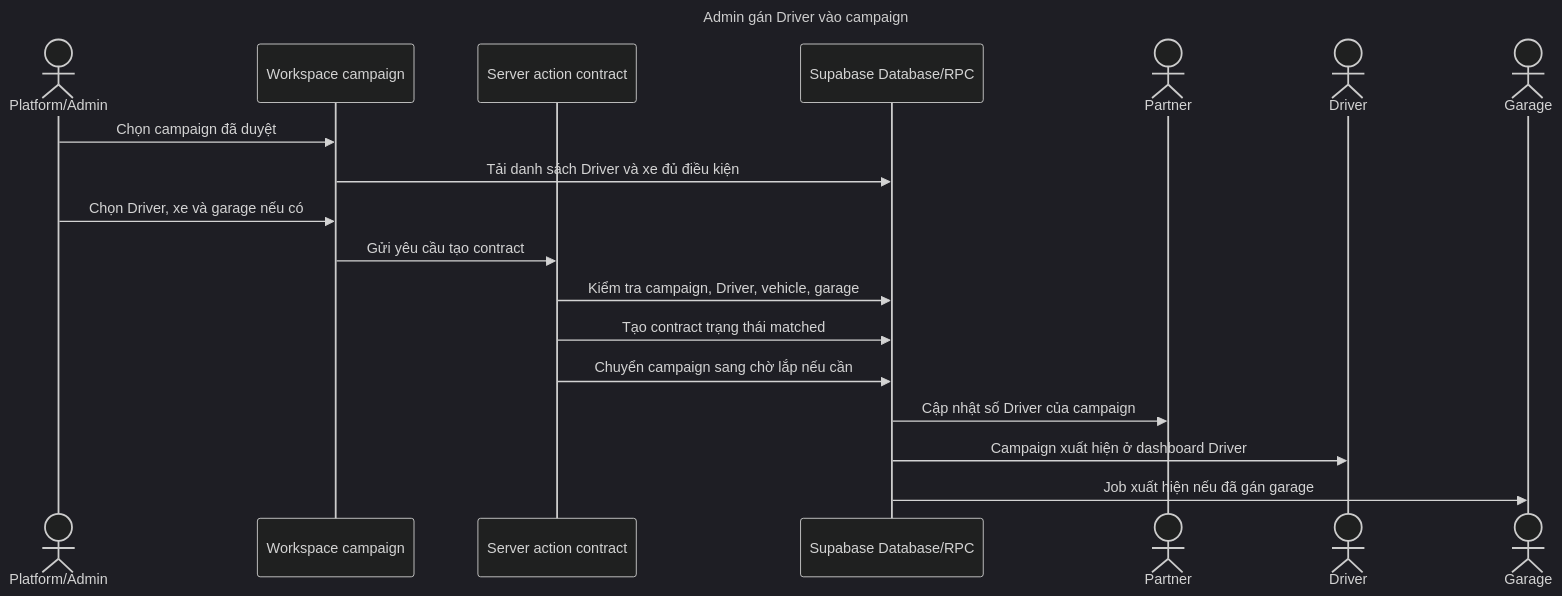
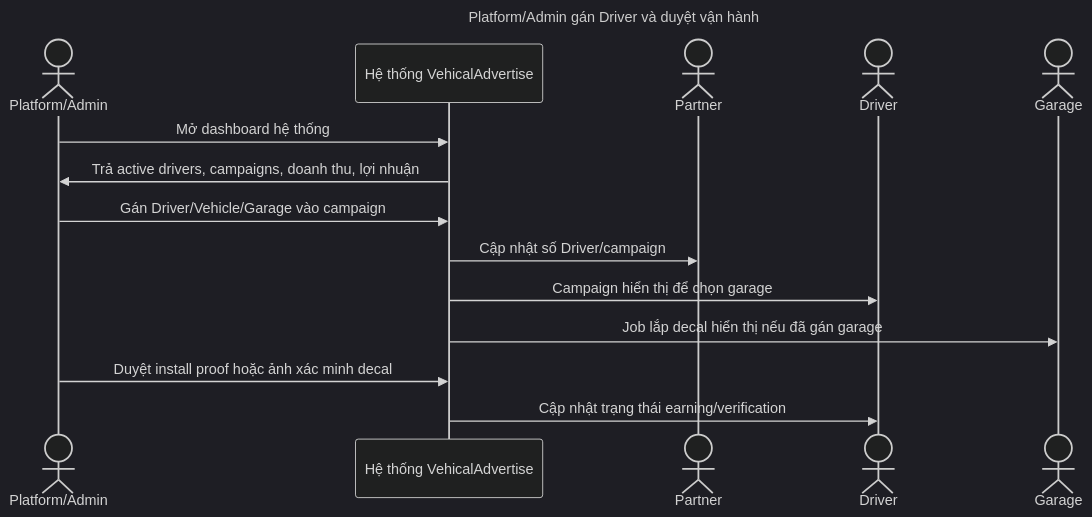
Before and after one commit to kjasng/VehicalAdvertise: the seventh of 8 diagrams in docs/sequence-usecases.md, drawn with Mermaid (dark theme). The commit also changed other lines of this file and 14 other files, not shown here.

````diff
--- a/docs/sequence-usecases.md
+++ b/docs/sequence-usecases.md
@@ -483,21 +136,17 @@
 ```mermaid
 sequenceDiagram
-    title Admin gán Driver vào campaign
-    actor Admin as Platform/Admin
-    participant AdminUI as Workspace campaign
-    participant ContractAction as Server action contract
-    participant DB as Supabase Database/RPC
-    actor Partner as Partner
-    actor Driver as Driver
-    actor Garage as Garage
-    Admin->>AdminUI: Chọn campaign đã duyệt
-    AdminUI->>DB: Tải danh sách Driver và xe đủ điều kiện
-    Admin->>AdminUI: Chọn Driver, xe và garage nếu có
-    AdminUI->>ContractAction: Gửi yêu cầu tạo contract
-    ContractAction->>DB: Kiểm tra campaign, Driver, vehicle, garage
-    ContractAction->>DB: Tạo contract trạng thái matched
-    ContractAction->>DB: Chuyển campaign sang chờ lắp nếu cần
-    DB->>Partner: Cập nhật số Driver của campaign
-    DB->>Driver: Campaign xuất hiện ở dashboard Driver
-    DB->>Garage: Job xuất hiện nếu đã gán garage
+    title Platform/Admin gán Driver và duyệt vận hành
+    actor P1 as Platform/Admin
+    participant P2 as Hệ thống VehicalAdvertise
+    actor P3 as Partner
+    actor P4 as Driver
+    actor P5 as Garage
+    P1->>P2: Mở dashboard hệ thống
+    P2->>P1: Trả active drivers, campaigns, doanh thu, lợi nhuận
+    P1->>P2: Gán Driver/Vehicle/Garage vào campaign
+    P2->>P3: Cập nhật số Driver/campaign
+    P2->>P4: Campaign hiển thị để chọn garage
+    P2->>P5: Job lắp decal hiển thị nếu đã gán garage
+    P1->>P2: Duyệt install proof hoặc ảnh xác minh decal
+    P2->>P4: Cập nhật trạng thái earning/verification
 ```
````
